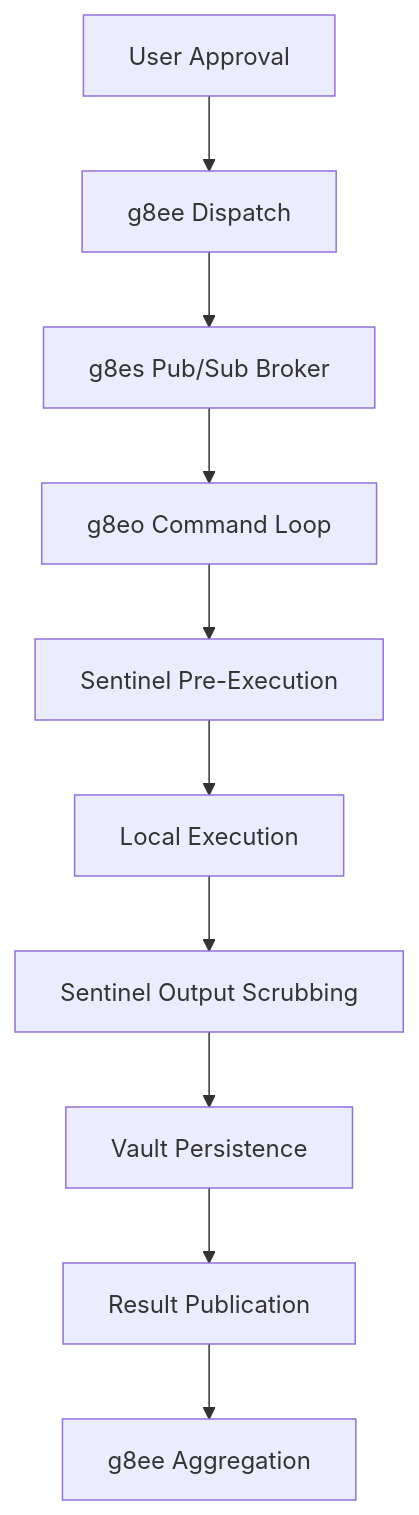
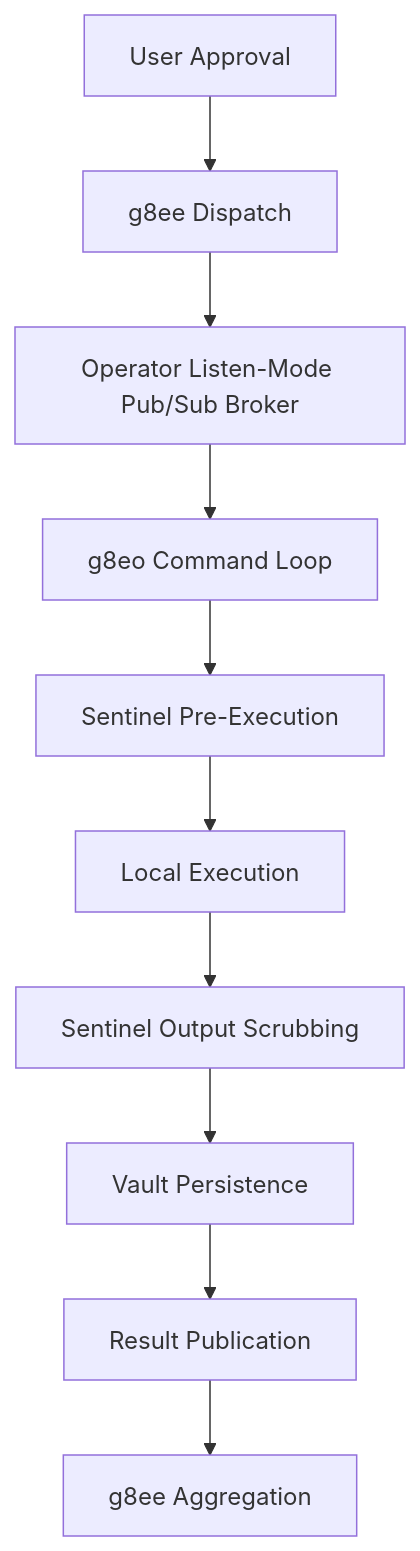
The diagram in docs/components/g8eo.md (g8e-ai/g8e), drawn with Mermaid before and after one commit. The commit also changed other lines of this file and 3984 other files, not shown here.

````diff
--- a/docs/components/g8eo.md
+++ b/docs/components/g8eo.md
@@ -62,12 +62,12 @@
 ```mermaid
 graph TD
     A[User Approval] --> B[g8ee Dispatch]
-    B --> C[g8es Pub/Sub Broker]
+    B --> C[Operator Listen-Mode Pub/Sub Broker]
     C --> D[g8eo Command Loop]
     D --> E[Sentinel Pre-Execution]
     E --> F[Local Execution]
     F --> G[Sentinel Output Scrubbing]
     G --> H[Vault Persistence]
     H --> I[Result Publication]
     I --> J[g8ee Aggregation]
 ```
````
